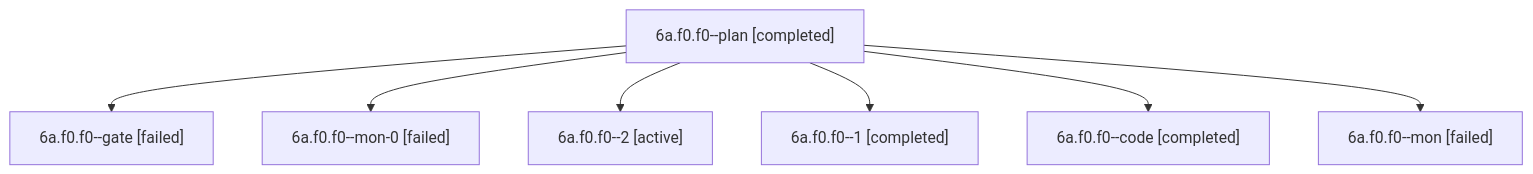
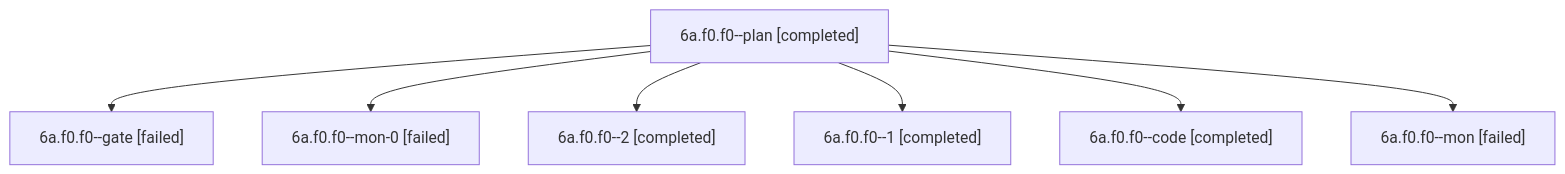
Before and after one commit to bobs-org/bob-cli--agents: the diagram in sessions/bbugyi200.apollo.6a.f0.f0.md, drawn with Mermaid. The commit also changed other lines of this file and 46 other files, not shown here.

````diff
--- a/sessions/bbugyi200.apollo.6a.f0.f0.md
+++ b/sessions/bbugyi200.apollo.6a.f0.f0.md
@@ -9,16 +9,16 @@
 ```mermaid
 flowchart TD
   n0["6a.f0.f0--plan [completed]"]
   n1["6a.f0.f0--gate [failed]"]
   n0 --> n1
   n2["6a.f0.f0--mon-0 [failed]"]
   n0 --> n2
-  n3["6a.f0.f0--2 [active]"]
+  n3["6a.f0.f0--2 [completed]"]
   n0 --> n3
   n4["6a.f0.f0--1 [completed]"]
   n0 --> n4
   n5["6a.f0.f0--code [completed]"]
   n0 --> n5
   n6["6a.f0.f0--mon [failed]"]
   n0 --> n6
 ```
````
